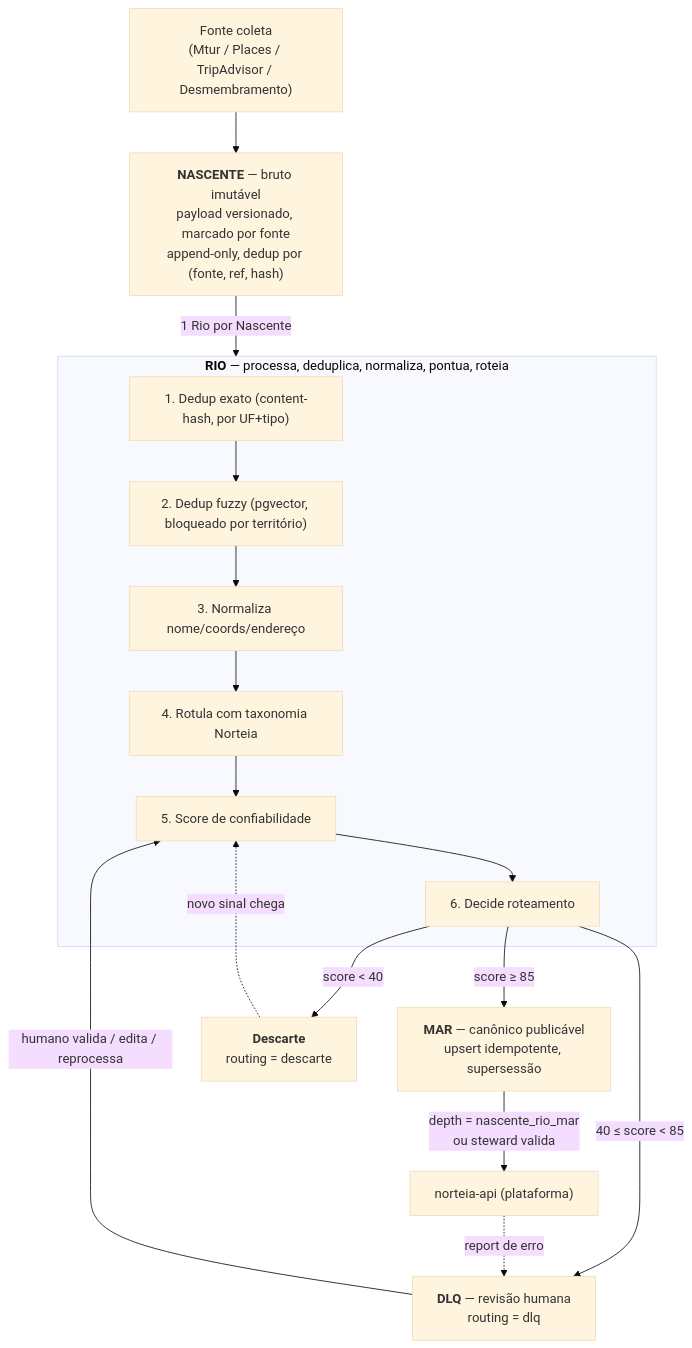
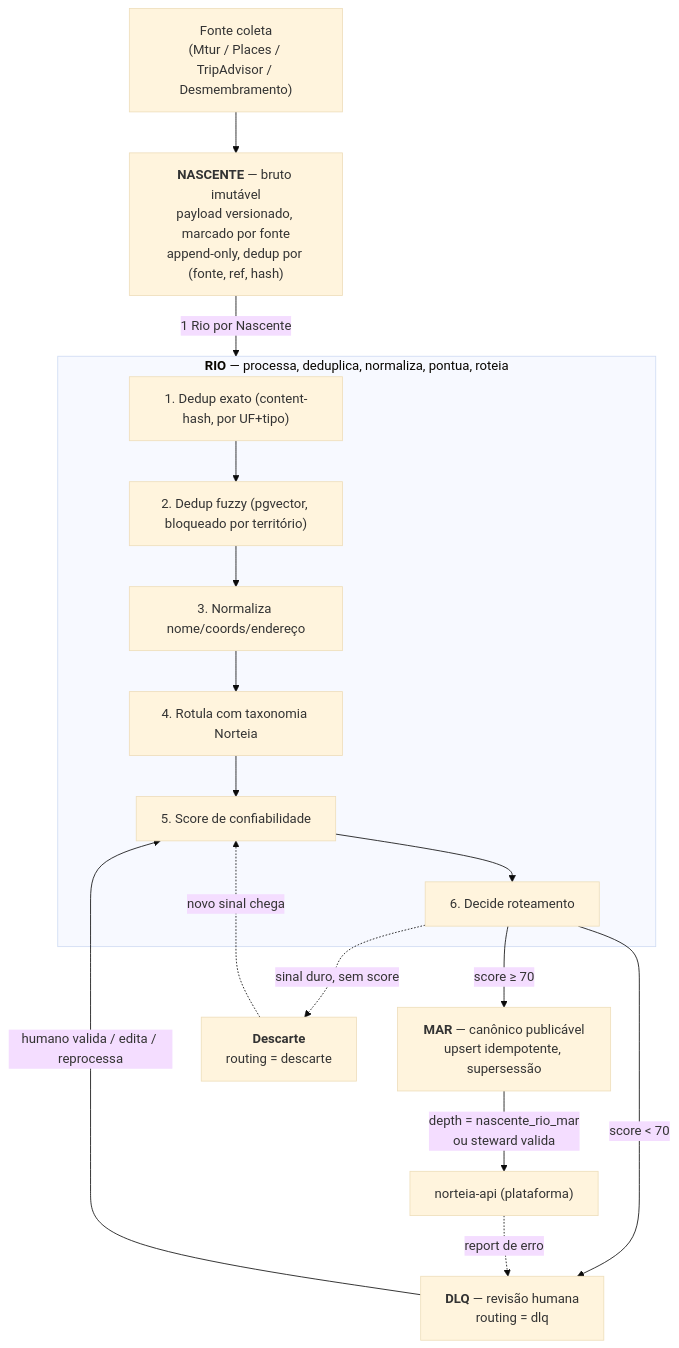
Before and after one commit to norteiadev/norteia-brave: the second of 8 diagrams in docs/FLUXO-BRAVE.md, drawn with Mermaid (base theme). The commit also changed other lines of this file and 15 other files, not shown here.

````diff
--- a/docs/FLUXO-BRAVE.md
+++ b/docs/FLUXO-BRAVE.md
@@ -91,31 +91,31 @@
 ```mermaid
 flowchart TD
     SRC["Fonte coleta<br/>(Mtur / Places / TripAdvisor / Desmembramento)"]
 
     N["<b>NASCENTE</b> — bruto imutável<br/>payload versionado, marcado por fonte<br/>append-only, dedup por (fonte, ref, hash)"]
 
     subgraph RIO["<b>RIO</b> — processa, deduplica, normaliza, pontua, roteia"]
         D1["1. Dedup exato (content-hash, por UF+tipo)"]
         D2["2. Dedup fuzzy (pgvector, bloqueado por território)"]
         D3["3. Normaliza nome/coords/endereço"]
         D4["4. Rotula com taxonomia Norteia"]
         D5["5. Score de confiabilidade"]
         D6["6. Decide roteamento"]
         D1-->D2-->D3-->D4-->D5-->D6
     end
 
     MAR["<b>MAR</b> — canônico publicável<br/>upsert idempotente, supersessão"]
     DLQ["<b>DLQ</b> — revisão humana<br/>routing = dlq"]
     DESC["<b>Descarte</b><br/>routing = descarte"]
     NAPI["norteia-api (plataforma)"]
 
     SRC --> N -->|1 Rio por Nascente| RIO
-    D6 -->|score ≥ 85| MAR
-    D6 -->|40 ≤ score < 85| DLQ
-    D6 -->|score < 40| DESC
+    D6 -->|score ≥ 70| MAR
+    D6 -->|score < 70| DLQ
+    D6 -.->|"sinal duro, sem score"| DESC
 
     DLQ -->|humano valida / edita / reprocessa| D5
     DESC -.->|novo sinal chega| D5
     MAR -->|depth = nascente_rio_mar<br/>ou steward valida| NAPI
     NAPI -.->|"report de erro"| DLQ
 ```
````
